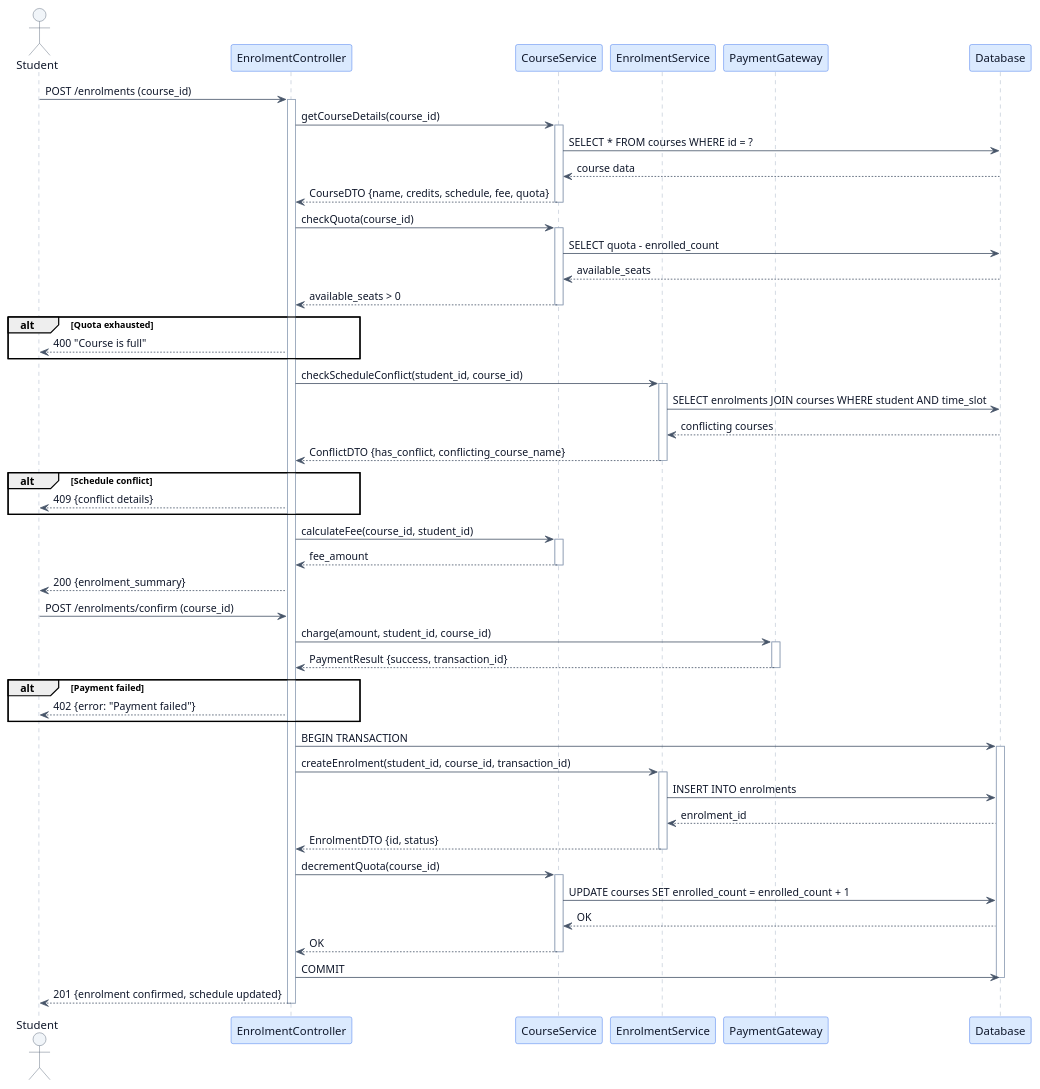
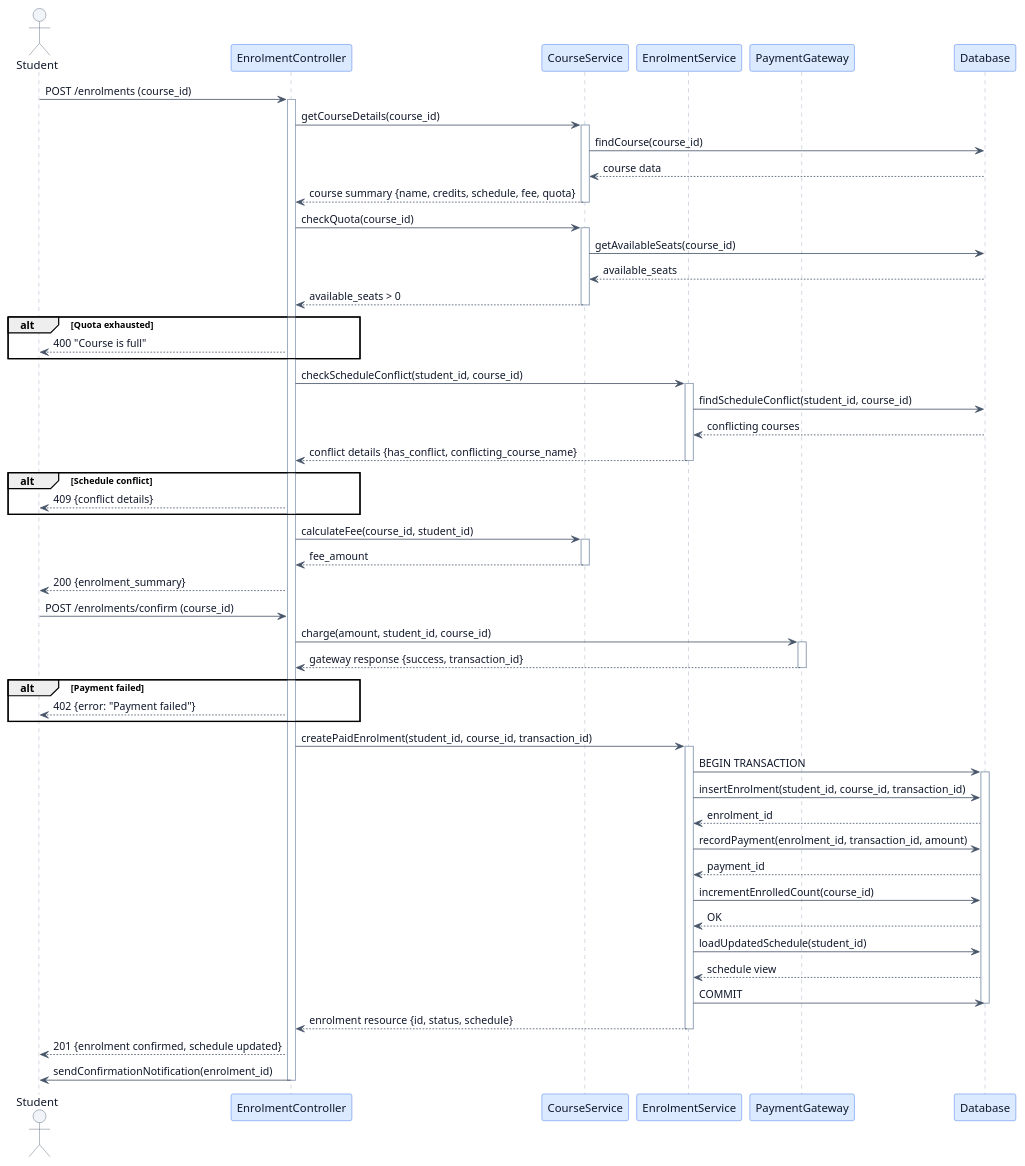
One commit to se-polinema/se-polinema.github.io changed the first of 2 diagrams in src/content/blog/uml-series-part-4-sequence-diagram.md. Above: the diagram before and after it, drawn with PlantUML. The commit also changed other lines of this file and 21 other files, not shown here.

Commit message:
Fix hydration and align UML Laravel traceability

````diff
--- a/src/content/blog/uml-series-part-4-sequence-diagram.md
+++ b/src/content/blog/uml-series-part-4-sequence-diagram.md
@@ -242,14 +242,14 @@
 
 EC -> CS : getCourseDetails(course_id)
 activate CS
-CS -> DB : SELECT * FROM courses WHERE id = ?
+CS -> DB : findCourse(course_id)
 DB --> CS : course data
-CS --> EC : CourseDTO {name, credits, schedule, fee, quota}
+CS --> EC : course summary {name, credits, schedule, fee, quota}
 deactivate CS
 
 EC -> CS : checkQuota(course_id)
 activate CS
-CS -> DB : SELECT quota - enrolled_count
+CS -> DB : getAvailableSeats(course_id)
 DB --> CS : available_seats
 CS --> EC : available_seats > 0
 deactivate CS
@@ -260,9 +260,9 @@
 
 EC -> ES : checkScheduleConflict(student_id, course_id)
 activate ES
-ES -> DB : SELECT enrolments JOIN courses WHERE student AND time_slot
+ES -> DB : findScheduleConflict(student_id, course_id)
 DB --> ES : conflicting courses
-ES --> EC : ConflictDTO {has_conflict, conflicting_course_name}
+ES --> EC : conflict details {has_conflict, conflicting_course_name}
 deactivate ES
 
 alt Schedule conflict
@@ -280,34 +280,40 @@
 
 EC -> PG : charge(amount, student_id, course_id)
 activate PG
-PG --> EC : PaymentResult {success, transaction_id}
+PG --> EC : gateway response {success, transaction_id}
 deactivate PG
 
 alt Payment failed
   EC --> Student : 402 {error: "Payment failed"}
 end
 
-EC -> DB : BEGIN TRANSACTION
+EC -> ES : createPaidEnrolment(student_id, course_id, transaction_id)
+activate ES
+
+ES -> DB : BEGIN TRANSACTION
 activate DB
 
-EC -> ES : createEnrolment(student_id, course_id, transaction_id)
-activate ES
-ES -> DB : INSERT INTO enrolments
+ES -> DB : insertEnrolment(student_id, course_id, transaction_id)
 DB --> ES : enrolment_id
-ES --> EC : EnrolmentDTO {id, status}
+
+ES -> DB : recordPayment(enrolment_id, transaction_id, amount)
+DB --> ES : payment_id
+
+ES -> DB : incrementEnrolledCount(course_id)
+DB --> ES : OK
+
+ES -> DB : loadUpdatedSchedule(student_id)
+DB --> ES : schedule view
+
+ES -> DB : COMMIT
+deactivate DB
+
+ES --> EC : enrolment resource {id, status, schedule}
 deactivate ES
 
-EC -> CS : decrementQuota(course_id)
-activate CS
-CS -> DB : UPDATE courses SET enrolled_count = enrolled_count + 1
-DB --> CS : OK
-CS --> EC : OK
-deactivate CS
+EC --> Student : 201 {enrolment confirmed, schedule updated}
+EC -> Student : sendConfirmationNotification(enrolment_id)
 
-EC -> DB : COMMIT
-deactivate DB
-
-EC --> Student : 201 {enrolment confirmed, schedule updated}
 deactivate EC
 @enduml
 ```
````
